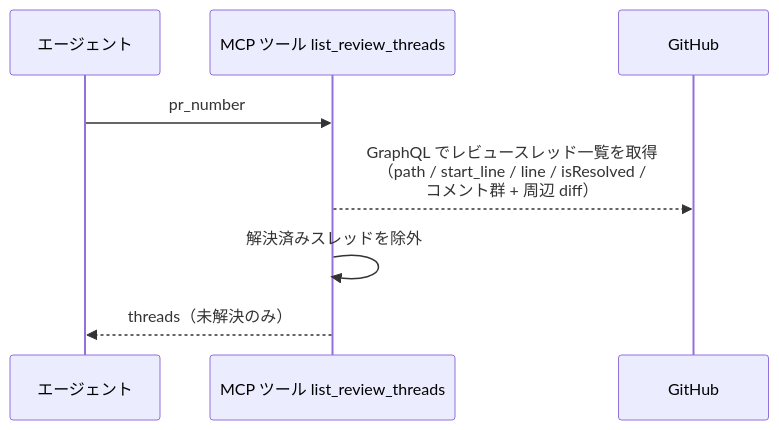
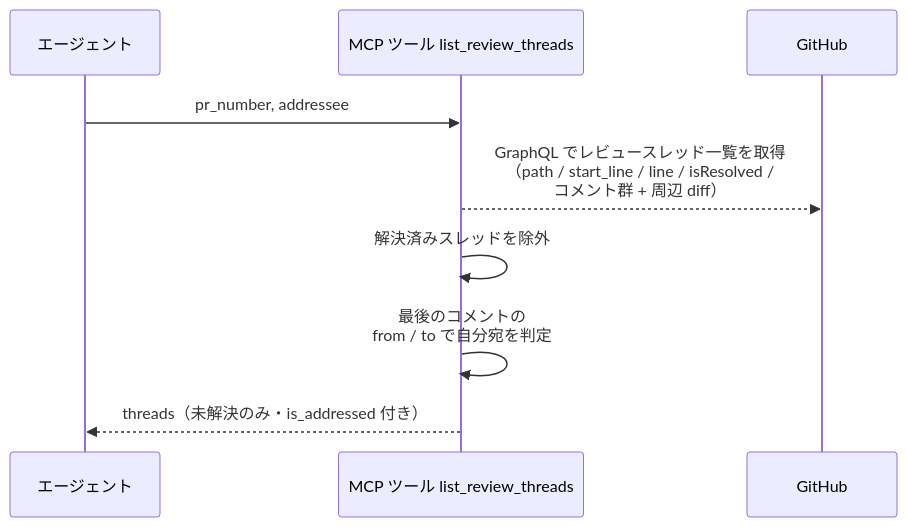
The first of 3 diagrams in docs/wiki/設計図/インターフェース定義/バックエンド/レビュースレッド一覧.py.md (shuhei1101/ai-monitor), drawn with Mermaid before and after one commit. The commit also changed other lines of this file and 33 other files, not shown here.

````diff
--- a/docs/wiki/設計図/インターフェース定義/バックエンド/レビュースレッド一覧.py.md
+++ b/docs/wiki/設計図/インターフェース定義/バックエンド/レビュースレッド一覧.py.md
@@ -98,11 +103,12 @@
 ```mermaid
 sequenceDiagram
   participant A as エージェント
   participant T as MCP ツール list_review_threads
   participant GH as GitHub
 
-  A->>T: pr_number
+  A->>T: pr_number, addressee
   T-->>GH: GraphQL でレビュースレッド一覧を取得<br>（path / start_line / line / isResolved /<br>コメント群 + 周辺 diff）
   T->>T: 解決済みスレッドを除外
-  T-->>A: threads（未解決のみ）
+  T->>T: 最後のコメントの<br>from / to で自分宛を判定
+  T-->>A: threads（未解決のみ・is_addressed 付き）
 ```
````
